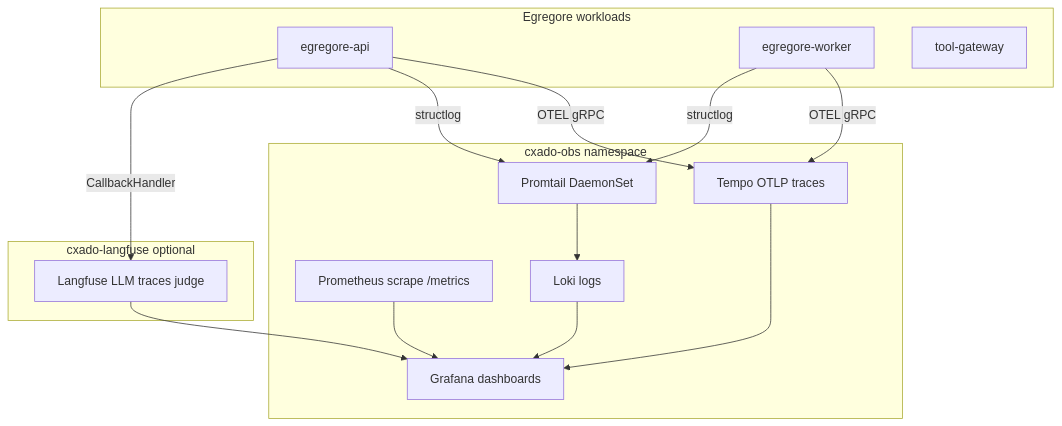
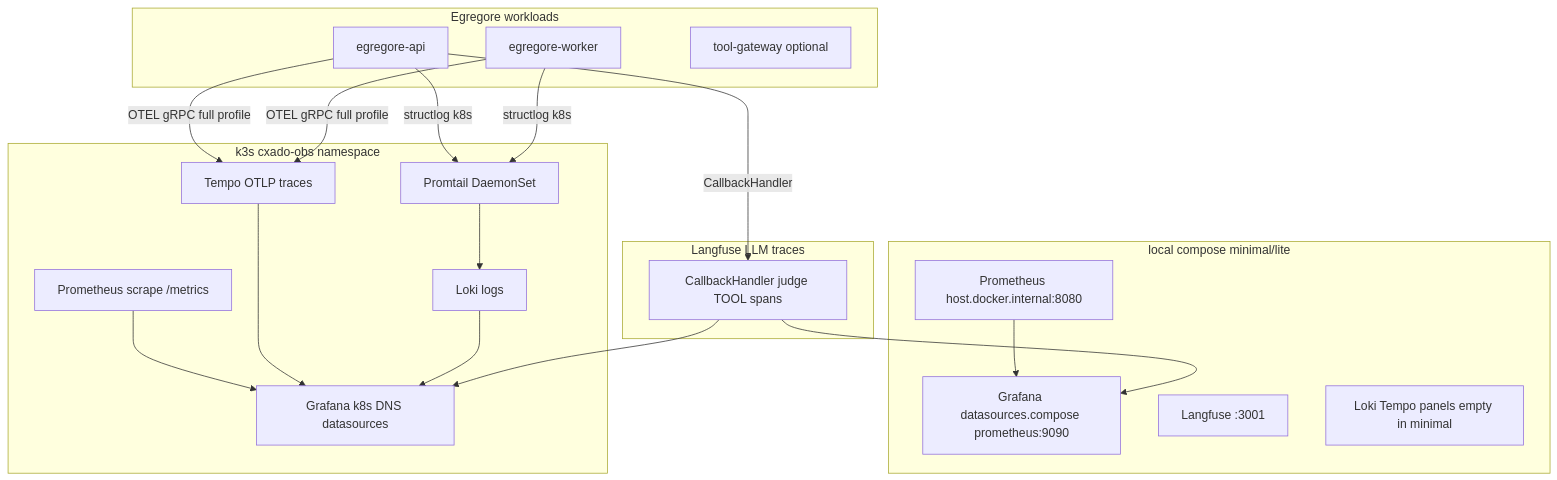
Before and after one commit to butbeautifulv/cxado: the diagram in docs/architecture-site/diagrams/obs-stack.mmd, drawn with Mermaid. The commit also changed 165 other files, not shown here.

First line of the commit message:
Add minimal cxado profile, agent skills, and observability deploy updates.

```diff
--- a/docs/architecture-site/diagrams/obs-stack.mmd
+++ b/docs/architecture-site/diagrams/obs-stack.mmd
@@ -1,29 +1,38 @@
 flowchart TB
   subgraph apps [Egregore workloads]
     API[egregore-api]
     Worker[egregore-worker]
-    GW[tool-gateway]
+    GW[tool-gateway optional]
   end
 
-  subgraph obs [cxado-obs namespace]
-    Prom[Prometheus scrape /metrics]
+  subgraph obs_k8s [k3s cxado-obs namespace]
+    PromK[Prometheus scrape /metrics]
     Tempo[Tempo OTLP traces]
     Loki[Loki logs]
     Promtail[Promtail DaemonSet]
-    Grafana[Grafana dashboards]
+    GrafanaK[Grafana k8s DNS datasources]
   end
 
-  subgraph llm_obs [cxado-langfuse optional]
-    LF[Langfuse LLM traces judge]
+  subgraph obs_local [local compose minimal/lite]
+    PromL[Prometheus host.docker.internal:8080]
+    GrafL[Grafana datasources.compose prometheus:9090]
+    LFL[Langfuse :3001]
+    NoteL[Loki Tempo panels empty in minimal]
   end
 
-  API -->|OTEL gRPC| Tempo
-  Worker -->|OTEL gRPC| Tempo
-  API -->|structlog| Promtail
-  Worker -->|structlog| Promtail
+  subgraph llm_obs [Langfuse LLM traces]
+    LF[CallbackHandler judge TOOL spans]
+  end
+
+  API -->|OTEL gRPC full profile| Tempo
+  Worker -->|OTEL gRPC full profile| Tempo
+  API -->|structlog k8s| Promtail
+  Worker -->|structlog k8s| Promtail
   Promtail --> Loki
   API -->|CallbackHandler| LF
-  Prom --> Grafana
-  Tempo --> Grafana
-  Loki --> Grafana
-  LF --> Grafana
+  PromK --> GrafanaK
+  Tempo --> GrafanaK
+  Loki --> GrafanaK
+  PromL --> GrafL
+  LF --> GrafL
+  LF --> GrafanaK
```
